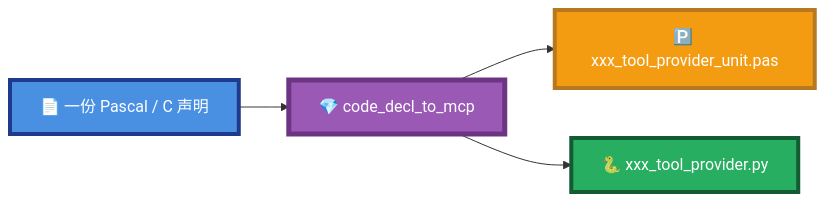
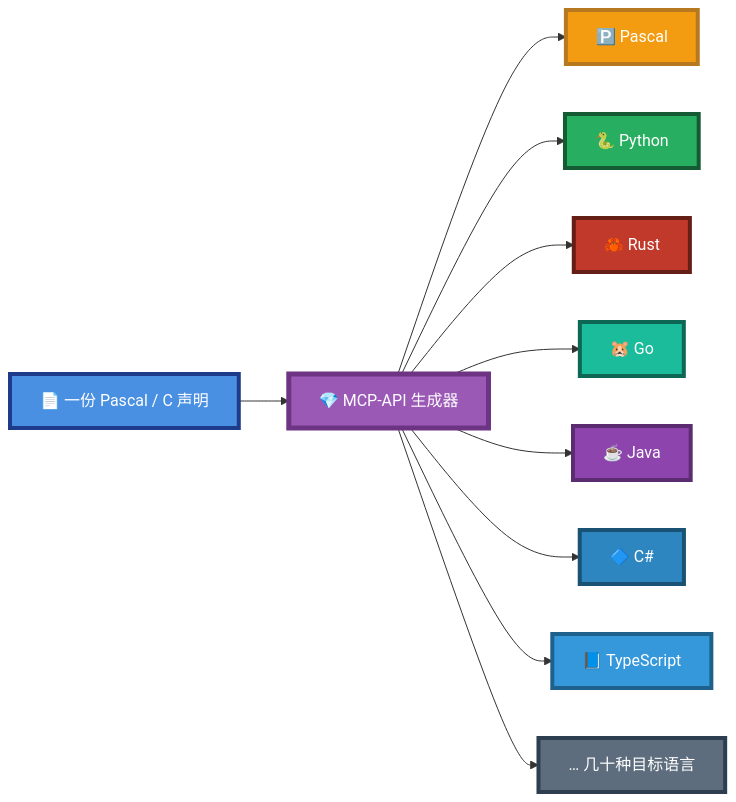
Before and after one commit to PassByYou888/LingoFuse-pasAgent-v3: the second of 10 diagrams in readme.md, drawn with Mermaid. The commit also changed other lines of this file and 83 other files, not shown here.

````diff
--- a/readme.md
+++ b/readme.md
@@ -126,11 +133,23 @@
 ```mermaid
 flowchart LR
-    A["📄 一份 Pascal / C 声明"] --> B["💎 code_decl_to_mcp"]
-    B --> C1["🅿️ xxx_tool_provider_unit.pas"]
-    B --> C2["🐍 xxx_tool_provider.py"]
+    A["📄 一份 Pascal / C 声明"] --> B["💎 MCP-API 生成器"]
+    B --> C1["🅿️ Pascal"]
+    B --> C2["🐍 Python"]
+    B --> C3["🦀 Rust"]
+    B --> C4["🐹 Go"]
+    B --> C5["☕ Java"]
+    B --> C6["🔷 C#"]
+    B --> C7["📘 TypeScript"]
+    B --> C8["… 几十种目标语言"]
 
     style A fill:#4A90E2,stroke:#1E3A8A,stroke-width:4px,color:#FFFFFF
     style B fill:#9B59B6,stroke:#6C3483,stroke-width:5px,color:#FFFFFF
     style C1 fill:#F39C12,stroke:#B7791F,stroke-width:4px,color:#FFFFFF
     style C2 fill:#27AE60,stroke:#145A32,stroke-width:4px,color:#FFFFFF
+    style C3 fill:#C0392B,stroke:#641E16,stroke-width:4px,color:#FFFFFF
+    style C4 fill:#1ABC9C,stroke:#0E6655,stroke-width:4px,color:#FFFFFF
+    style C5 fill:#8E44AD,stroke:#5B2C6F,stroke-width:4px,color:#FFFFFF
+    style C6 fill:#2E86C1,stroke:#1A5276,stroke-width:4px,color:#FFFFFF
+    style C7 fill:#3498DB,stroke:#1F618D,stroke-width:4px,color:#FFFFFF
+    style C8 fill:#5D6D7E,stroke:#2C3E50,stroke-width:4px,color:#FFFFFF
 ```
````
